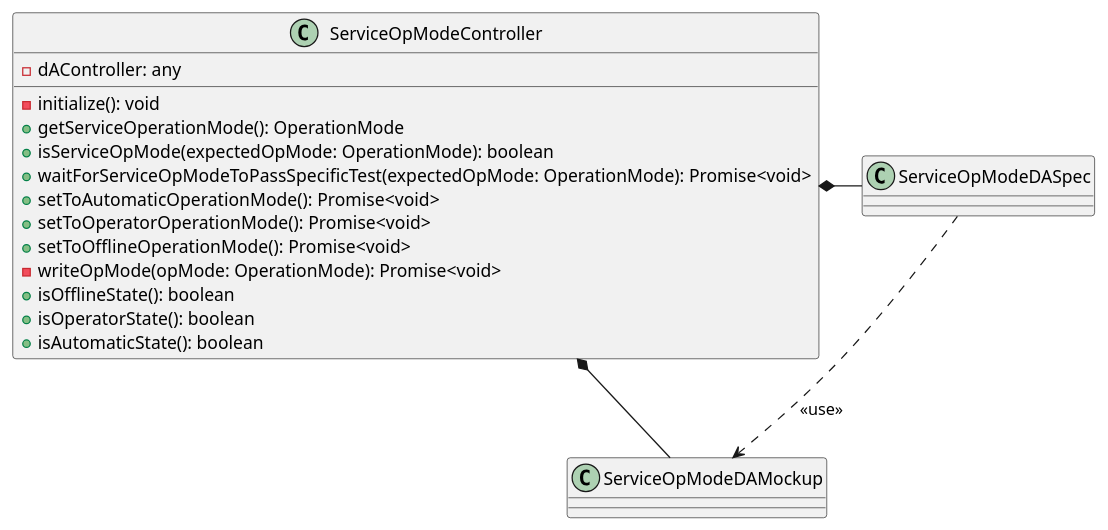
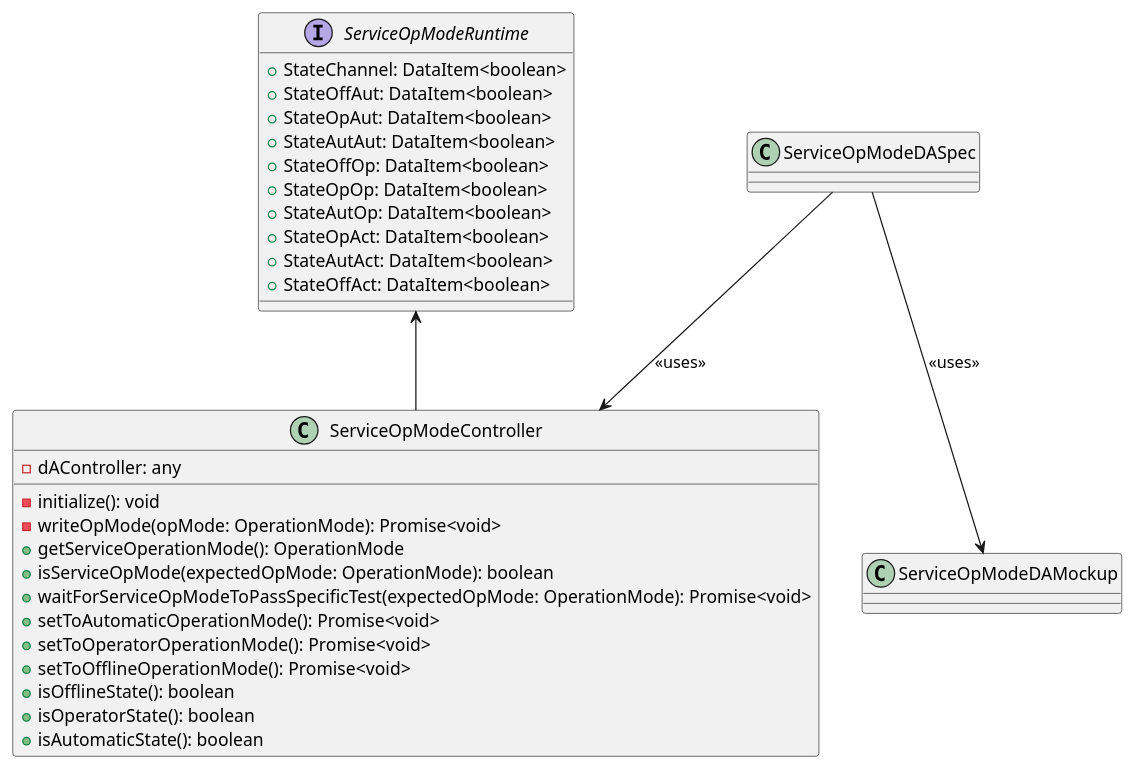
Before and after one commit to p2o-lab/polaris-backend: the diagram in src/modularPlantManager/pea/dataAssembly/_extensions/serviceOpModeDA/ServiceOpModeController.puml, drawn with PlantUML. The commit also changed 21 other files, not shown here.

```diff
--- a/src/modularPlantManager/pea/dataAssembly/_extensions/serviceOpModeDA/ServiceOpModeController.puml
+++ b/src/modularPlantManager/pea/dataAssembly/_extensions/serviceOpModeDA/ServiceOpModeController.puml
@@ -26,23 +26,36 @@
 @startuml
 'https://plantuml.com/class-diagram
+
+interface ServiceOpModeRuntime{
+	+ StateChannel: DataItem<boolean>
+	+ StateOffAut: DataItem<boolean>
+	+ StateOpAut: DataItem<boolean>
+	+ StateAutAut: DataItem<boolean>
+	+ StateOffOp: DataItem<boolean>
+	+ StateOpOp: DataItem<boolean>
+	+ StateAutOp: DataItem<boolean>
+	+ StateOpAct: DataItem<boolean>
+	+ StateAutAct: DataItem<boolean>
+	+ StateOffAct: DataItem<boolean>
+}
 
 class ServiceOpModeController{
     - dAController: any
     - initialize(): void
+    - writeOpMode(opMode: OperationMode): Promise<void>
     + getServiceOperationMode(): OperationMode
     + isServiceOpMode(expectedOpMode: OperationMode): boolean
     + waitForServiceOpModeToPassSpecificTest(expectedOpMode: OperationMode): Promise<void>
     + setToAutomaticOperationMode(): Promise<void>
     + setToOperatorOperationMode(): Promise<void>
     + setToOfflineOperationMode(): Promise<void>
-    - writeOpMode(opMode: OperationMode): Promise<void>
     + isOfflineState(): boolean
     + isOperatorState(): boolean
     + isAutomaticState(): boolean
 }
 
-ServiceOpModeController *- ServiceOpModeDASpec
-ServiceOpModeDASpec ..> ServiceOpModeDAMockup : <<use>>
-ServiceOpModeController *- ServiceOpModeDAMockup
+ServiceOpModeRuntime <-- ServiceOpModeController
+ServiceOpModeDASpec --> ServiceOpModeController : <<uses>>
+ServiceOpModeDASpec --> ServiceOpModeDAMockup : <<uses>>
 
 @enduml
```
